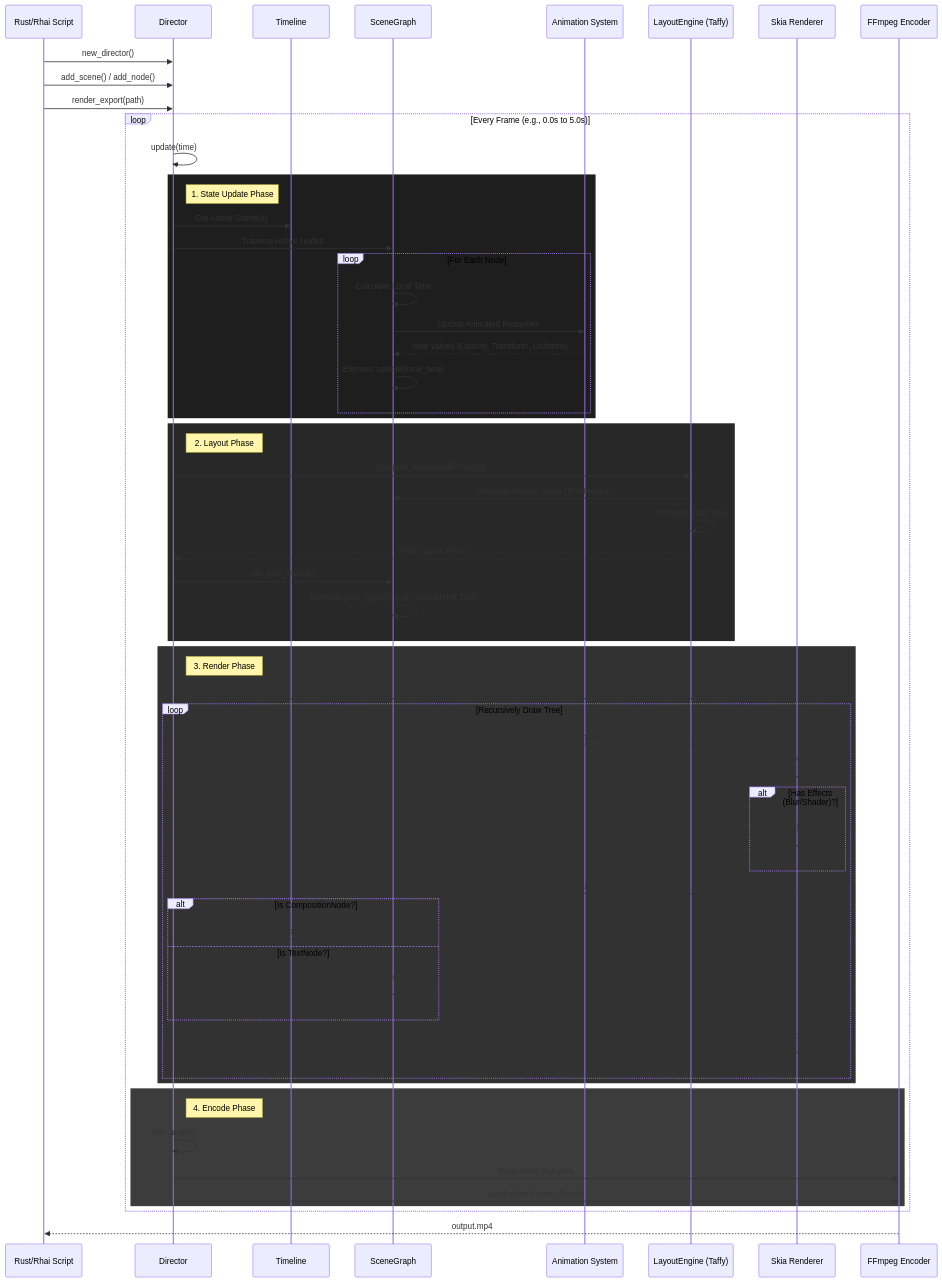
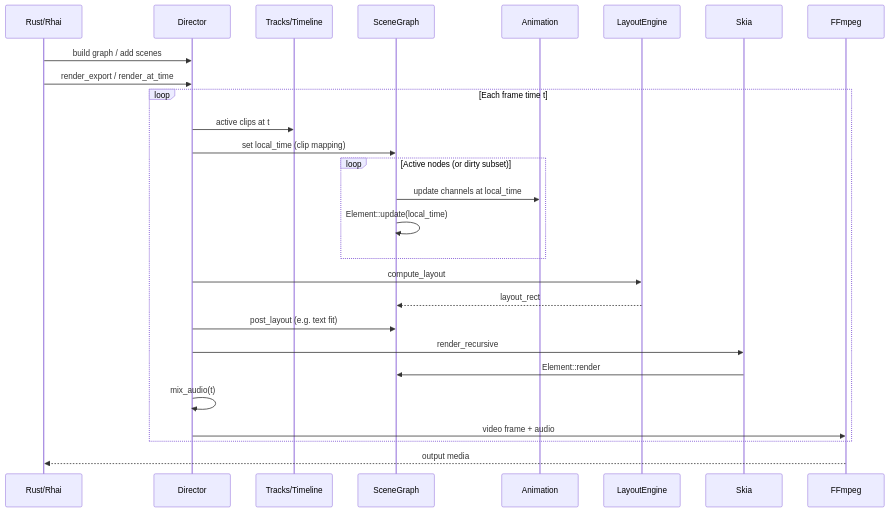
One commit to stepupgaming/director changed the diagram in docs/architecture/overview.md. Above: the diagram before and after it, drawn with Mermaid. The commit also changed other lines of this file and 74 other files, not shown here.

First line of the commit message:
Unify timeline on tracks with real freeze and f64 fps

````diff
--- a/docs/architecture/overview.md
+++ b/docs/architecture/overview.md
@@ -18,76 +28,31 @@
 ```mermaid
 sequenceDiagram
-    participant User as Rust/Rhai Script
+    participant User as Rust/Rhai
     participant Director
-    participant Timeline
+    participant Tracks as Tracks/Timeline
     participant Scene as SceneGraph
-    participant Anim as Animation System
-    participant Layout as LayoutEngine (Taffy)
-    participant Render as Skia Renderer
-    participant Encoder as FFmpeg Encoder
+    participant Anim as Animation
+    participant Layout as LayoutEngine
+    participant Render as Skia
+    participant Encoder as FFmpeg
 
-    User->>Director: new_director()
-    User->>Director: add_scene() / add_node()
-    User->>Director: render_export(path)
+    User->>Director: build graph / add scenes
+    User->>Director: render_export / render_at_time
 
-    loop Every Frame (e.g., 0.0s to 5.0s)
-        Director->>Director: update(time)
-
-        rect rgb(30, 30, 30)
-            note right of Director: 1. State Update Phase
-            Director->>Timeline: Get Active Scene(s)
-            Director->>Scene: Traverse Active Nodes
-
-            loop For Each Node
-                Scene->>Scene: Calculate Local Time
-                Scene->>Anim: Update Animated Properties
-                Anim-->>Scene: New Values (Opacity, Transform, Uniforms)
-                Scene->>Scene: Element::update(local_time)
-            end
+    loop Each frame time t
+        Director->>Tracks: active clips at t
+        Director->>Scene: set local_time (clip mapping)
+        loop Active nodes (or dirty subset)
+            Scene->>Anim: update channels at local_time
+            Scene->>Scene: Element::update(local_time)
         end
-
-        rect rgb(40, 40, 40)
-            note right of Director: 2. Layout Phase
-            Director->>Layout: compute_layout(width, height)
-            Layout->>Scene: Measure Intrinsic Sizes (Text/Image)
-            Layout->>Layout: Compute Taffy Tree
-            Layout-->>Director: Final Layout Rects
-
-            Director->>Scene: run_post_layout()
-            Scene->>Scene: Element::post_layout() (e.g., Auto-Shrink Text)
-        end
-
-        rect rgb(50, 50, 50)
-            note right of Director: 3. Render Phase
-            Director->>Render: render_recursive(root_node)
-
-            loop Recursively Draw Tree
-                Render->>Scene: Get Transform/Opacity
-                Render->>Render: Canvas::save() / concat()
-
-                alt Has Effects (Blur/Shader)?
-                    Render->>Render: save_layer(ImageFilter)
-                end
-
-                Render->>Scene: Element::render(Canvas)
-
-                alt Is CompositionNode?
-                   Scene->>Director: Nested Director::render()
-                else Is TextNode?
-                   Scene->>Scene: Shape & Draw Glyphs
-                end
-
-                Render->>Render: Canvas::restore()
-            end
-        end
-
-        rect rgb(60, 60, 60)
-            note right of Director: 4. Encode Phase
-            Director->>Director: mix_audio()
-            Director->>Encoder: Send Audio Samples
-            Director->>Encoder: Send Video Frame (Pixels)
-        end
+        Director->>Layout: compute_layout
+        Layout-->>Scene: layout_rect
+        Director->>Scene: post_layout (e.g. text fit)
+        Director->>Render: render_recursive
+        Render->>Scene: Element::render
+        Director->>Director: mix_audio(t)
+        Director->>Encoder: video frame + audio
     end
-
-    Encoder-->>User: output.mp4
+    Encoder-->>User: output media
 ```
````
